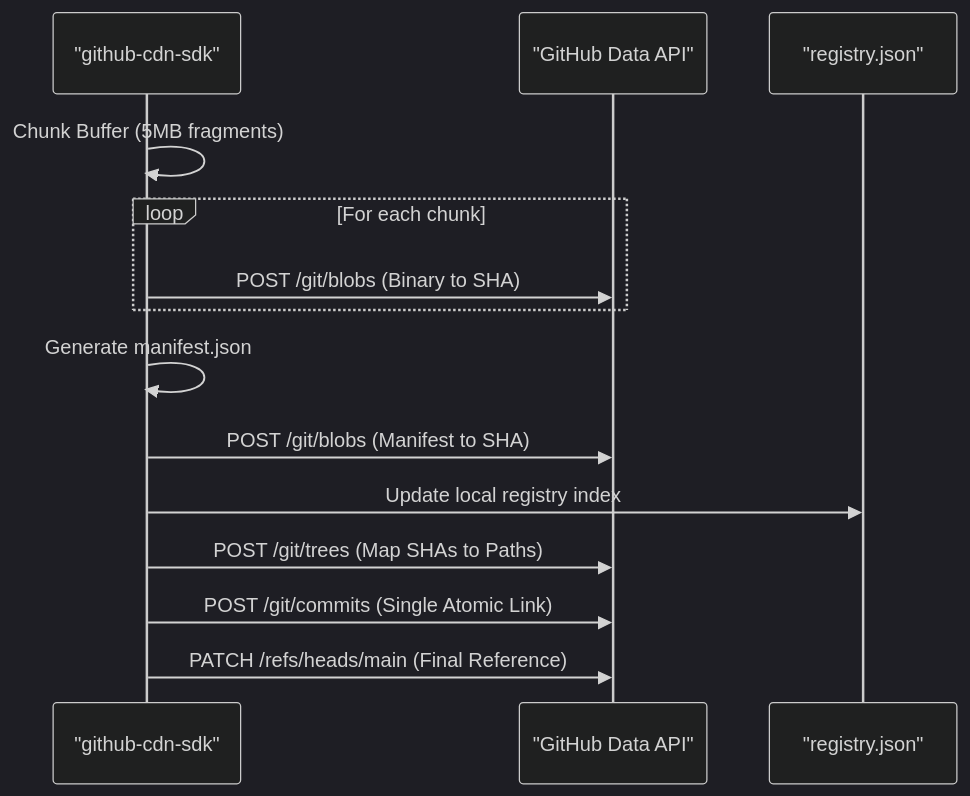
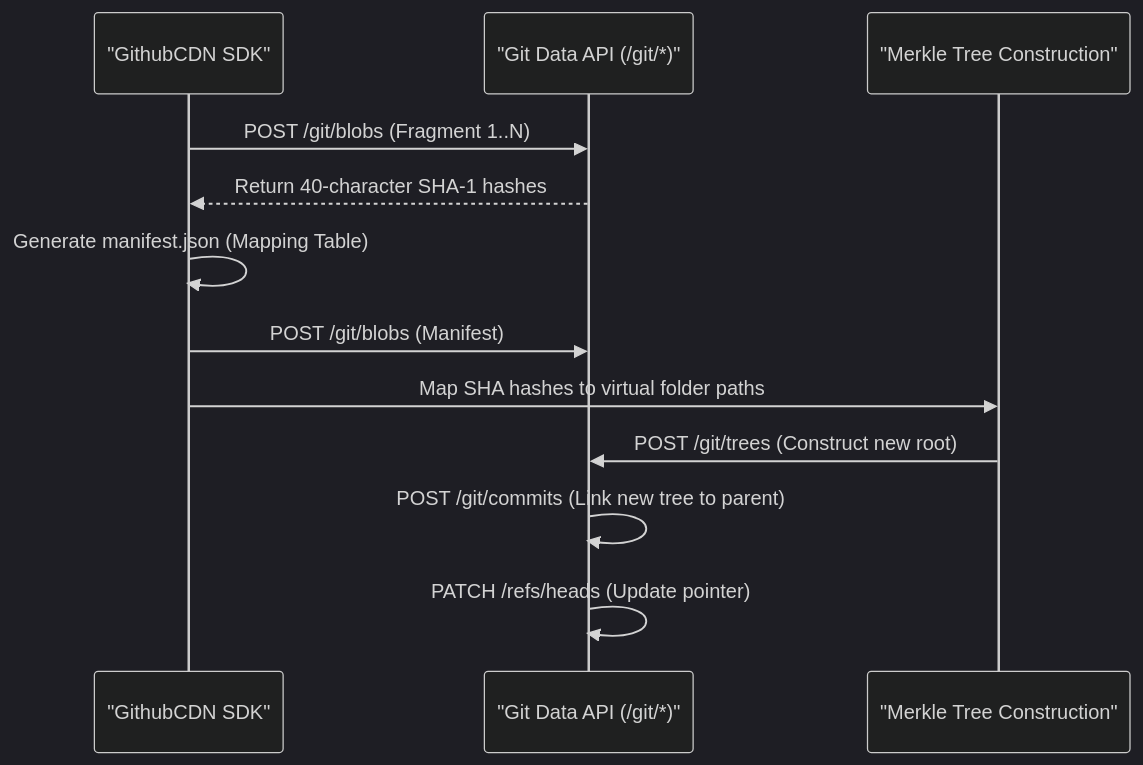
Before and after one commit to CodeFaisalDev/github_cdn_packege: the diagram in comprehensive_research_details.md, drawn with Mermaid (dark theme). The commit also changed other lines of this file and 2 other files, not shown here.

Commit message:
Final before imnplementing Cloudflare Caching

````diff
--- a/comprehensive_research_details.md
+++ b/comprehensive_research_details.md
@@ -39,17 +34,15 @@
 ```mermaid
 sequenceDiagram
-    participant SDK as "github-cdn-sdk"
-    participant GH as "GitHub Data API"
-    participant Reg as "registry.json"
+    participant SDK as "GithubCDN SDK"
+    participant DataAPI as "Git Data API (/git/*)"
+    participant Tree as "Merkle Tree Construction"
 
-    SDK->>SDK: Chunk Buffer (5MB fragments)
-    loop For each chunk
-        SDK->>GH: POST /git/blobs (Binary to SHA)
-    end
-    SDK->>SDK: Generate manifest.json
-    SDK->>GH: POST /git/blobs (Manifest to SHA)
-    SDK->>Reg: Update local registry index
-    SDK->>GH: POST /git/trees (Map SHAs to Paths)
-    SDK->>GH: POST /git/commits (Single Atomic Link)
-    SDK->>GH: PATCH /refs/heads/main (Final Reference)
+    SDK->>DataAPI: POST /git/blobs (Fragment 1..N)
+    DataAPI-->>SDK: Return 40-character SHA-1 hashes
+    SDK->>SDK: Generate manifest.json (Mapping Table)
+    SDK->>DataAPI: POST /git/blobs (Manifest)
+    SDK->>Tree: Map SHA hashes to virtual folder paths
+    Tree->>DataAPI: POST /git/trees (Construct new root)
+    DataAPI->>DataAPI: POST /git/commits (Link new tree to parent)
+    DataAPI->>DataAPI: PATCH /refs/heads (Update pointer)
 ```
````
